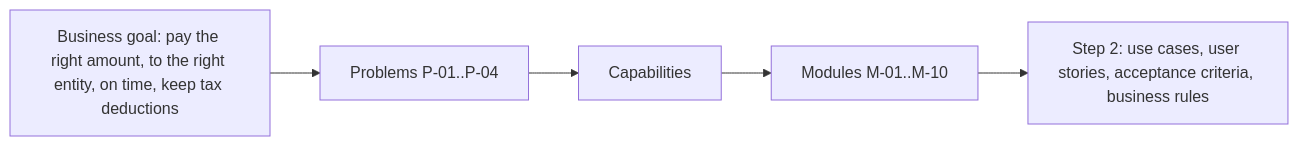
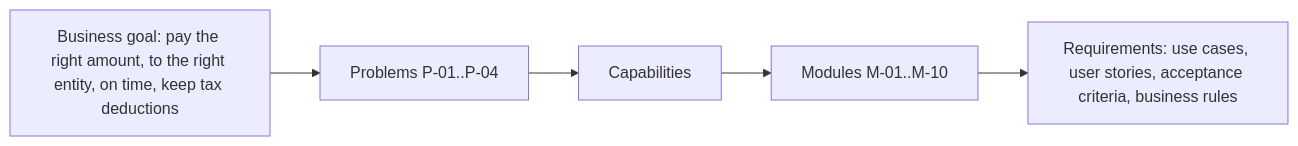
Before and after one commit to minhtuann1102/MatchPay: the diagram in docs/01-research/01-context-and-problem.md, drawn with Mermaid. The commit also changed other lines of this file and 57 other files, not shown here.

````diff
--- a/docs/01-research/01-context-and-problem.md
+++ b/docs/01-research/01-context-and-problem.md
@@ -66,9 +66,9 @@
 ```mermaid
 flowchart LR
     BG["Business goal: pay the right amount, to the right entity, on time, keep tax deductions"]
     P["Problems P-01..P-04"]
     C["Capabilities"]
     M["Modules M-01..M-10"]
-    S2["Step 2: use cases, user stories, acceptance criteria, business rules"]
+    S2["Requirements: use cases, user stories, acceptance criteria, business rules"]
     BG --> P --> C --> M --> S2
 ```
````
